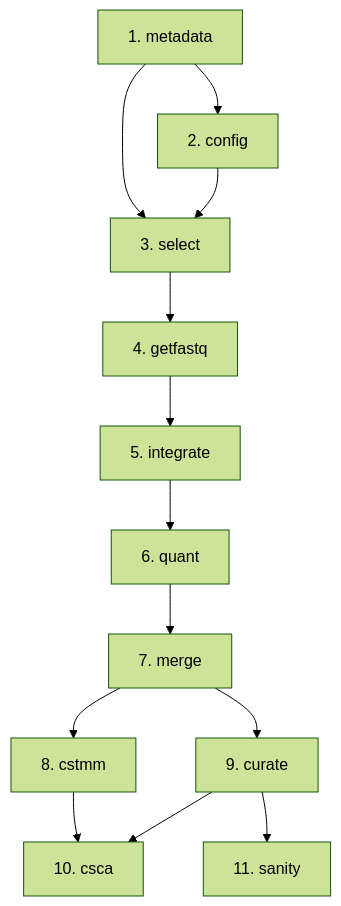
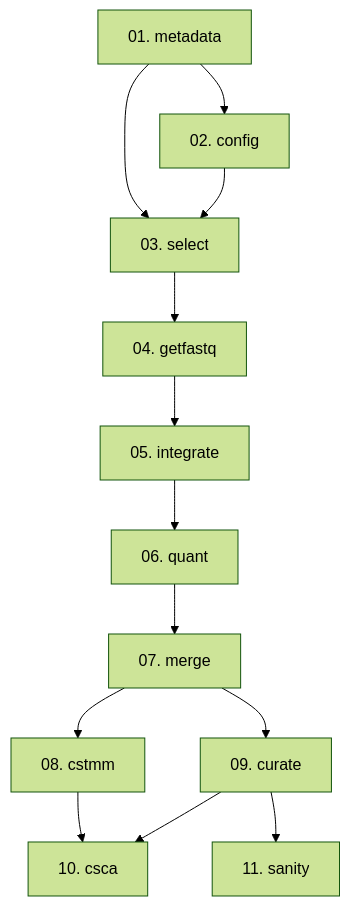
The diagram in docs/rna/amalgkit/steps/README.md (docxology/MetaInformAnt), drawn with Mermaid (forest theme) before and after one commit. The commit also changed other lines of this file and 293 other files, not shown here.

````diff
--- a/docs/rna/amalgkit/steps/README.md
+++ b/docs/rna/amalgkit/steps/README.md
@@ -258,15 +258,15 @@
 ```mermaid
 flowchart TD
-    A[1. metadata] --> B[2. config]
-    A --> C[3. select]
+    A[01. metadata] --> B[02. config]
+    A --> C[03. select]
     B --> C
-    C --> D[4. getfastq]
-    D --> E[5. integrate]
-    E --> F[6. quant]
-    F --> G[7. merge]
-    G --> H1[8. cstmm]
-    G --> H2[9. curate]
+    C --> D[04. getfastq]
+    D --> E[05. integrate]
+    E --> F[06. quant]
+    F --> G[07. merge]
+    G --> H1[08. cstmm]
+    G --> H2[09. curate]
     H1 --> I[10. csca]
     H2 --> I
     H2 --> J[11. sanity]
 ```
````
